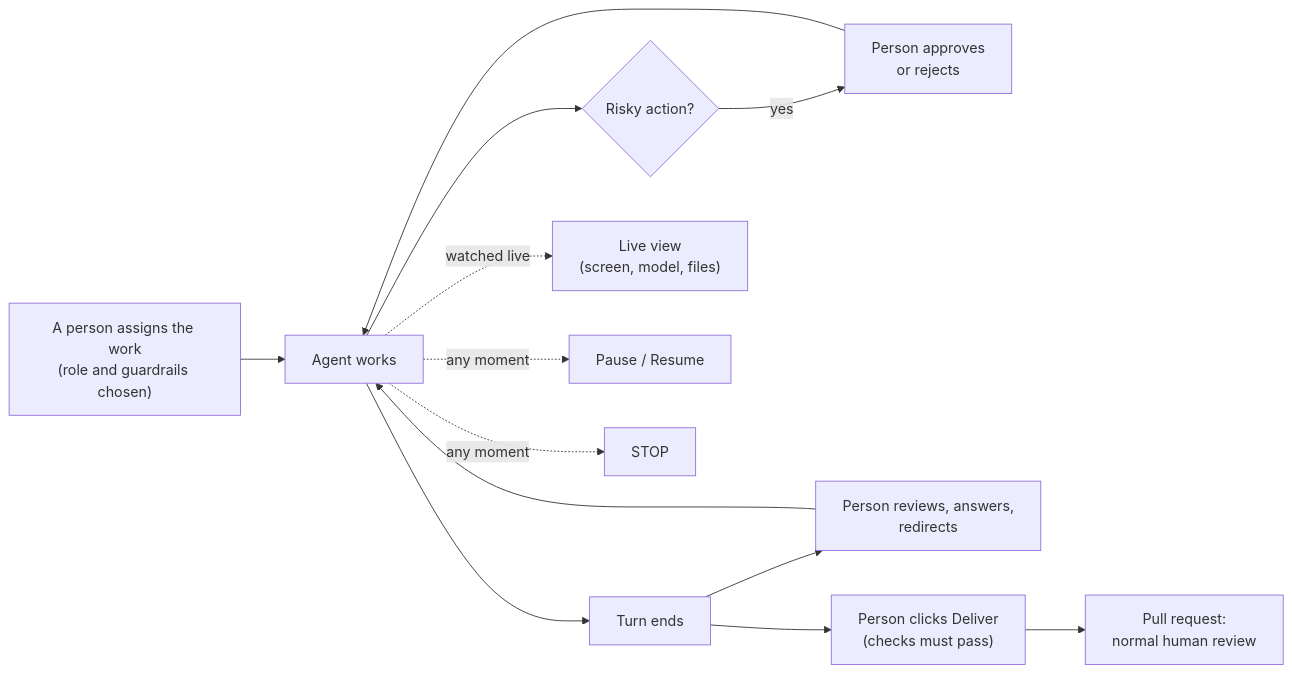
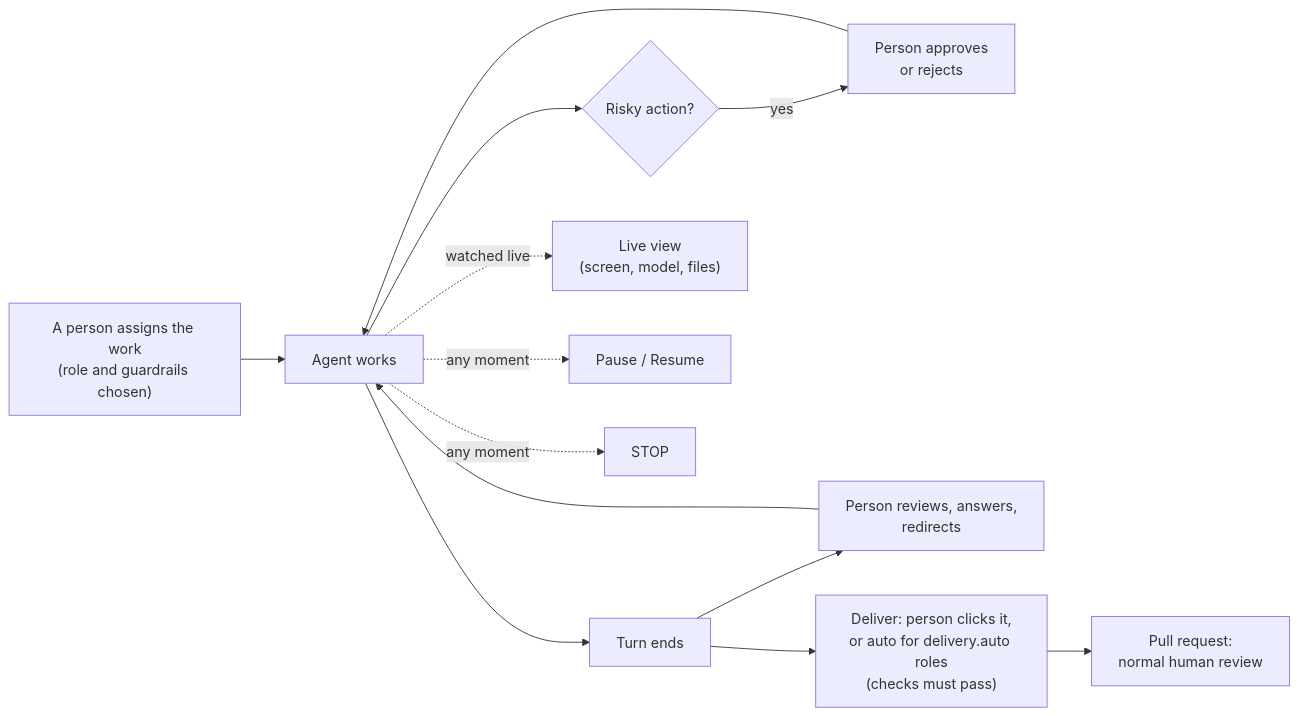
One commit to Jaelse/agentcore changed the diagram in docs/EU_AI_ACT.md. Above: the diagram before and after it, drawn with Mermaid. The commit also changed other lines of this file and 14 other files, not shown here.

First line of the commit message:
Agents deliver their own pull requests

````diff
--- a/docs/EU_AI_ACT.md
+++ b/docs/EU_AI_ACT.md
@@ -81,12 +81,12 @@
 ```mermaid
 flowchart LR
     S["A person assigns the work<br/>(role and guardrails chosen)"] --> W["Agent works"]
     W --> A{"Risky action?"}
     A -- "yes" --> H1["Person approves<br/>or rejects"] --> W
     W --> T["Turn ends"]
     T --> H2["Person reviews, answers,<br/>redirects"] --> W
-    T --> H3["Person clicks Deliver<br/>(checks must pass)"] --> PR["Pull request:<br/>normal human review"]
+    T --> H3["Deliver: person clicks it,<br/>or auto for delivery.auto roles<br/>(checks must pass)"] --> PR["Pull request:<br/>normal human review"]
     W -. "watched live" .-> LV["Live view<br/>(screen, model, files)"]
     W -. "any moment" .-> P["Pause / Resume"]
     W -. "any moment" .-> STOP["STOP"]
 ```
````
